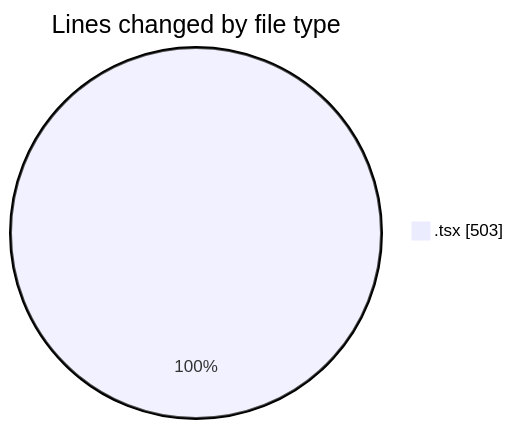
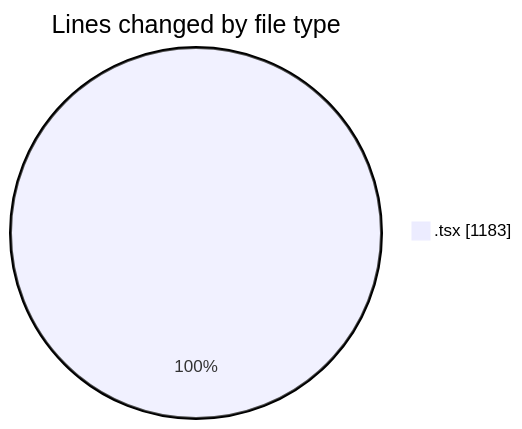
One commit to momahboobian/code-tracking changed the first of 2 diagrams in 2026-10-20/cda/README.md. Above: the diagram before and after it, drawn with Mermaid. The commit also changed other lines of this file and 1 other file, not shown here.

````diff
--- a/2026-10-20/cda/README.md
+++ b/2026-10-20/cda/README.md
@@ -21,5 +23,5 @@
 ```mermaid
 pie showData
 title Lines changed by file type
-".tsx" : 503
+".tsx" : 1183
 ```
````
